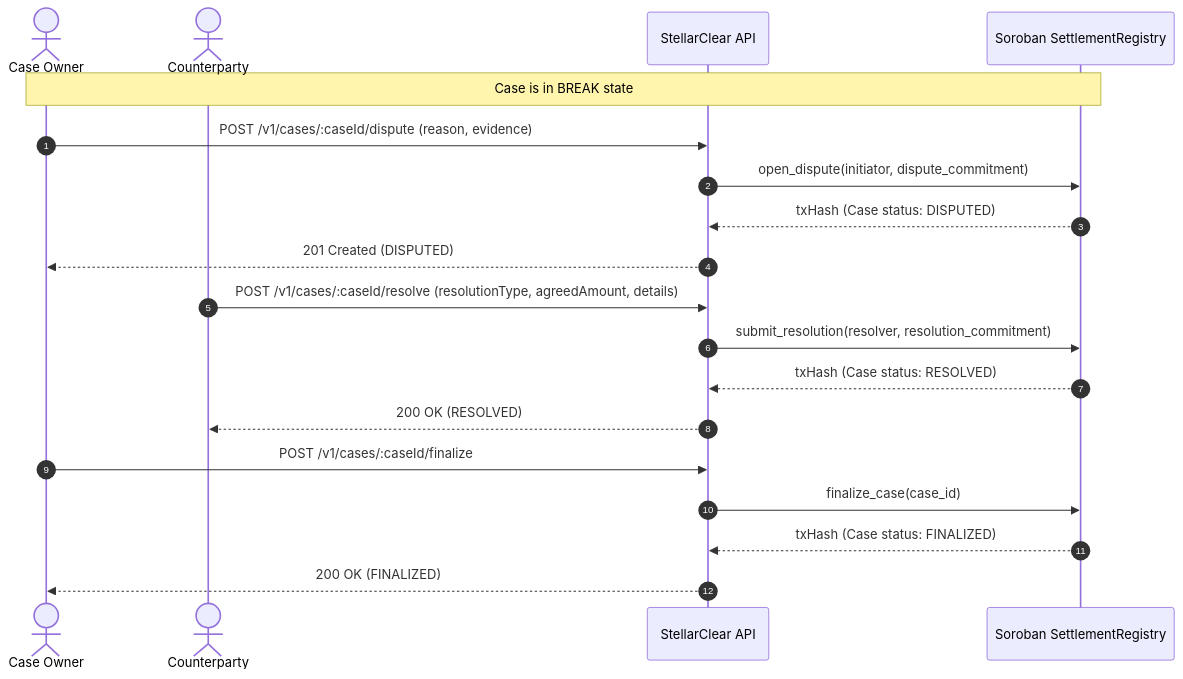
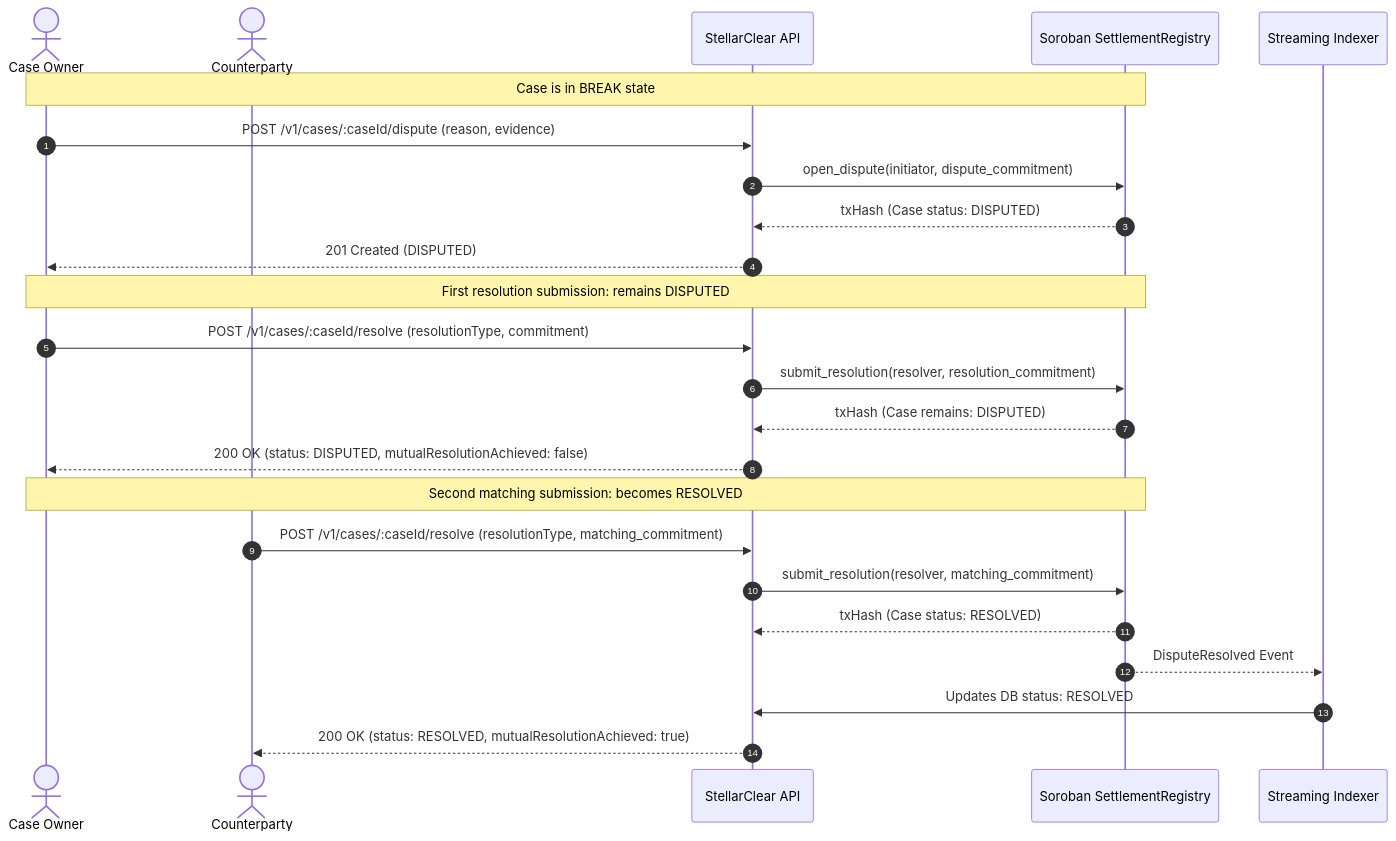
Before and after one commit to Adejumo-2/stellarclear: the second of 2 diagrams in docs/settlement-lifecycle.md, drawn with Mermaid. The commit also changed other lines of this file and 9 other files, not shown here.

````diff
--- a/docs/settlement-lifecycle.md
+++ b/docs/settlement-lifecycle.md
@@ -73,24 +89,29 @@
 ```mermaid
 sequenceDiagram
     autonumber
     actor Owner as Case Owner
     actor Counterparty as Counterparty
     participant API as StellarClear API
     participant Registry as Soroban SettlementRegistry
+    participant Indexer as Streaming Indexer
 
     Note over Owner,Registry: Case is in BREAK state
     Owner->>API: POST /v1/cases/:caseId/dispute (reason, evidence)
     API->>Registry: open_dispute(initiator, dispute_commitment)
     Registry-->>API: txHash (Case status: DISPUTED)
     API-->>Owner: 201 Created (DISPUTED)
 
-    Counterparty->>API: POST /v1/cases/:caseId/resolve (resolutionType, agreedAmount, details)
+    Note over Owner,Registry: First resolution submission: remains DISPUTED
+    Owner->>API: POST /v1/cases/:caseId/resolve (resolutionType, commitment)
     API->>Registry: submit_resolution(resolver, resolution_commitment)
+    Registry-->>API: txHash (Case remains: DISPUTED)
+    API-->>Owner: 200 OK (status: DISPUTED, mutualResolutionAchieved: false)
+
+    Note over Owner,Registry: Second matching submission: becomes RESOLVED
+    Counterparty->>API: POST /v1/cases/:caseId/resolve (resolutionType, matching_commitment)
+    API->>Registry: submit_resolution(resolver, matching_commitment)
     Registry-->>API: txHash (Case status: RESOLVED)
-    API-->>Counterparty: 200 OK (RESOLVED)
-
-    Owner->>API: POST /v1/cases/:caseId/finalize
-    API->>Registry: finalize_case(case_id)
-    Registry-->>API: txHash (Case status: FINALIZED)
-    API-->>Owner: 200 OK (FINALIZED)
+    Registry-->>Indexer: DisputeResolved Event
+    Indexer->>API: Updates DB status: RESOLVED
+    API-->>Counterparty: 200 OK (status: RESOLVED, mutualResolutionAchieved: true)
 ```
````
